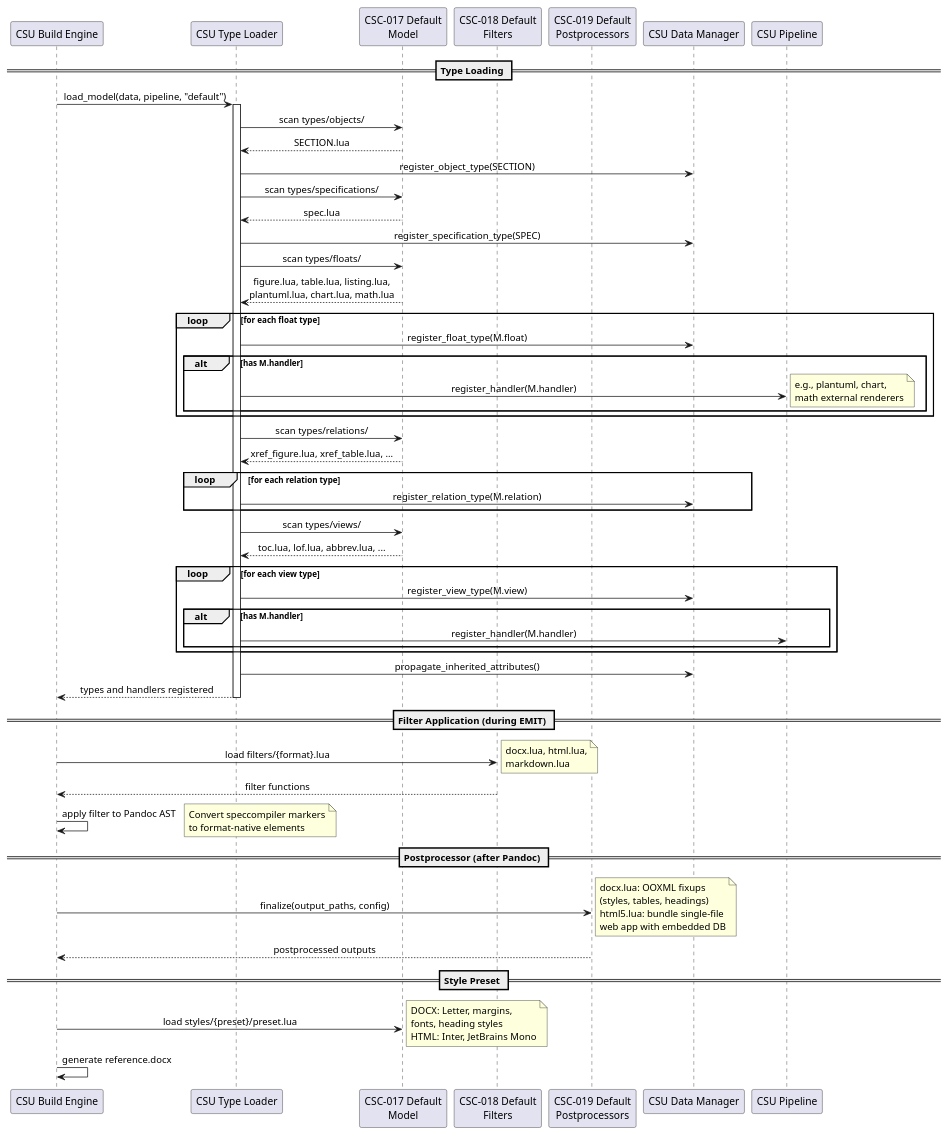
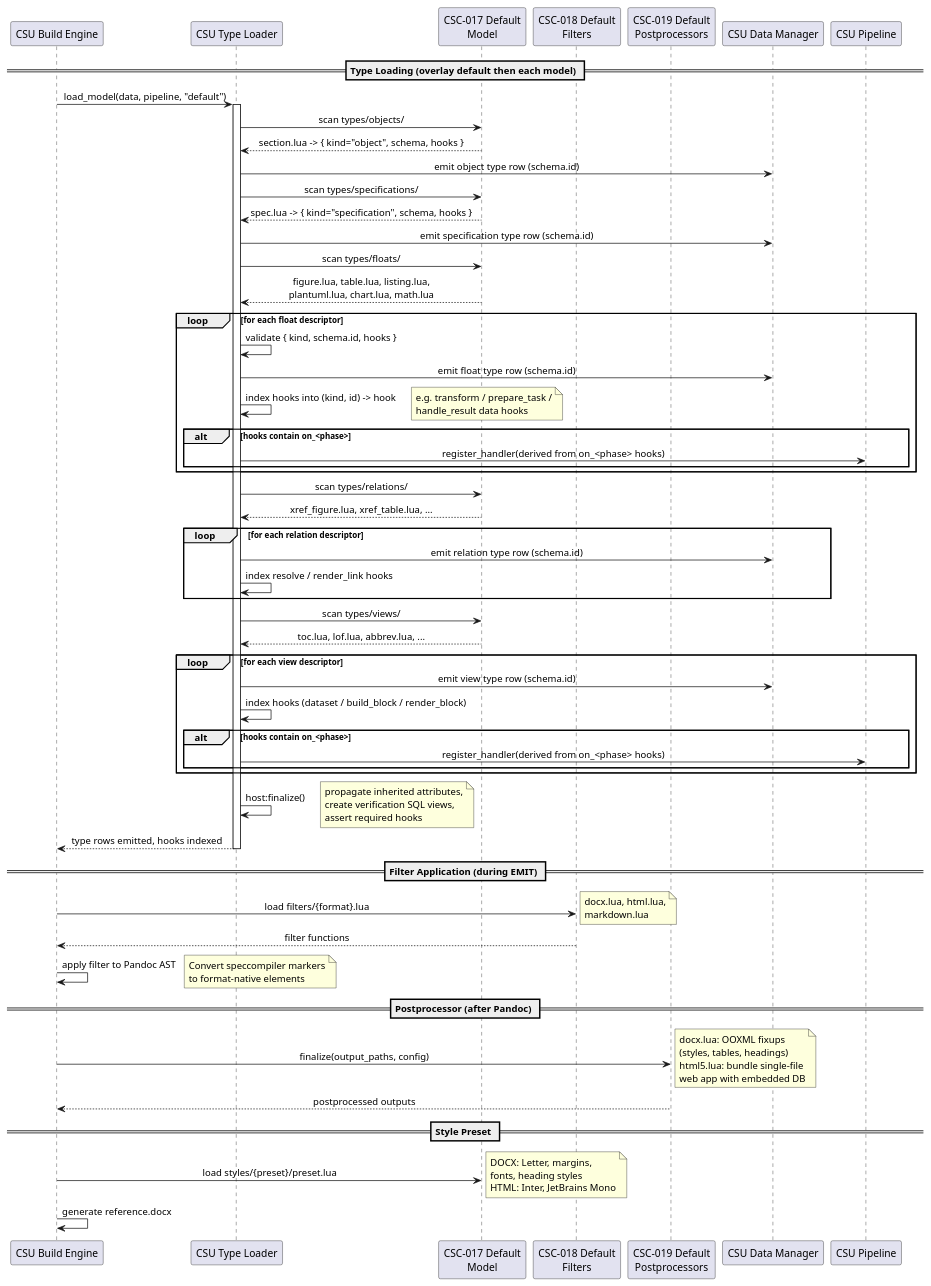
Before and after one commit to SpecIR/SpecCompiler: the diagram in docs/engineering_docs/architecture/model_design.md, drawn with PlantUML. The commit also changed other lines of this file and 15 other files, not shown here.

First line of the commit message:
docs: re-sync to the host-engine model; finish manual chart conversion to syntax-only

````diff
--- a/docs/engineering_docs/architecture/model_design.md
+++ b/docs/engineering_docs/architecture/model_design.md
@@ -77,72 +79,77 @@
 ```puml:fd-005-model{caption="Type System and Domain Model Definition"}
 @startuml
 skinparam backgroundColor #FFFFFF
 skinparam sequenceMessageAlign center
 
 participant "CSU Build Engine" as E
 participant "CSU Type Loader" as TL
 participant "CSC-017 Default\nModel" as DM
 participant "CSC-018 Default\nFilters" as FL
 participant "CSC-019 Default\nPostprocessors" as PP
 participant "CSU Data Manager" as DB
 participant "CSU Pipeline" as PL
 
-== Type Loading ==
+== Type Loading (overlay default then each model) ==
 E -> TL: load_model(data, pipeline, "default")
 activate TL
 
 TL -> DM: scan types/objects/
-DM --> TL: SECTION.lua
-TL -> DB: register_object_type(SECTION)
+DM --> TL: section.lua -> { kind="object", schema, hooks }
+TL -> DB: emit object type row (schema.id)
 
 TL -> DM: scan types/specifications/
-DM --> TL: spec.lua
-TL -> DB: register_specification_type(SPEC)
+DM --> TL: spec.lua -> { kind="specification", schema, hooks }
+TL -> DB: emit specification type row (schema.id)
 
 TL -> DM: scan types/floats/
 DM --> TL: figure.lua, table.lua, listing.lua,\nplantuml.lua, chart.lua, math.lua
-loop for each float type
-    TL -> DB: register_float_type(M.float)
-    alt has M.handler
-        TL -> PL: register_handler(M.handler)
-        note right: e.g., plantuml, chart,\nmath external renderers
+loop for each float descriptor
+    TL -> TL: validate { kind, schema.id, hooks }
+    TL -> DB: emit float type row (schema.id)
+    TL -> TL: index hooks into (kind, id) -> hook
+    note right: e.g. transform / prepare_task /\nhandle_result data hooks
+    alt hooks contain on_<phase>
+        TL -> PL: register_handler(derived from on_<phase> hooks)
     end
 end
 
 TL -> DM: scan types/relations/
 DM --> TL: xref_figure.lua, xref_table.lua, ...
-loop for each relation type
-    TL -> DB: register_relation_type(M.relation)
+loop for each relation descriptor
+    TL -> DB: emit relation type row (schema.id)
+    TL -> TL: index resolve / render_link hooks
 end
 
 TL -> DM: scan types/views/
 DM --> TL: toc.lua, lof.lua, abbrev.lua, ...
-loop for each view type
-    TL -> DB: register_view_type(M.view)
-    alt has M.handler
-        TL -> PL: register_handler(M.handler)
+loop for each view descriptor
+    TL -> DB: emit view type row (schema.id)
+    TL -> TL: index hooks (dataset / build_block / render_block)
+    alt hooks contain on_<phase>
+        TL -> PL: register_handler(derived from on_<phase> hooks)
     end
 end
 
-TL -> DB: propagate_inherited_attributes()
-TL --> E: types and handlers registered
+TL -> TL: host:finalize()
+note right: propagate inherited attributes,\ncreate verification SQL views,\nassert required hooks
+TL --> E: type rows emitted, hooks indexed
 deactivate TL
 
 == Filter Application (during EMIT) ==
 E -> FL: load filters/{format}.lua
 note right: docx.lua, html.lua,\nmarkdown.lua
 FL --> E: filter functions
 E -> E: apply filter to Pandoc AST
 note right: Convert speccompiler markers\nto format-native elements
 
 == Postprocessor (after Pandoc) ==
 E -> PP: finalize(output_paths, config)
 note right: docx.lua: OOXML fixups\n(styles, tables, headings)\nhtml5.lua: bundle single-file\nweb app with embedded DB
 PP --> E: postprocessed outputs
 
 == Style Preset ==
 E -> DM: load styles/{preset}/preset.lua
 note right: DOCX: Letter, margins,\nfonts, heading styles\nHTML: Inter, JetBrains Mono
 E -> E: generate reference.docx
 @enduml
 ```
````
